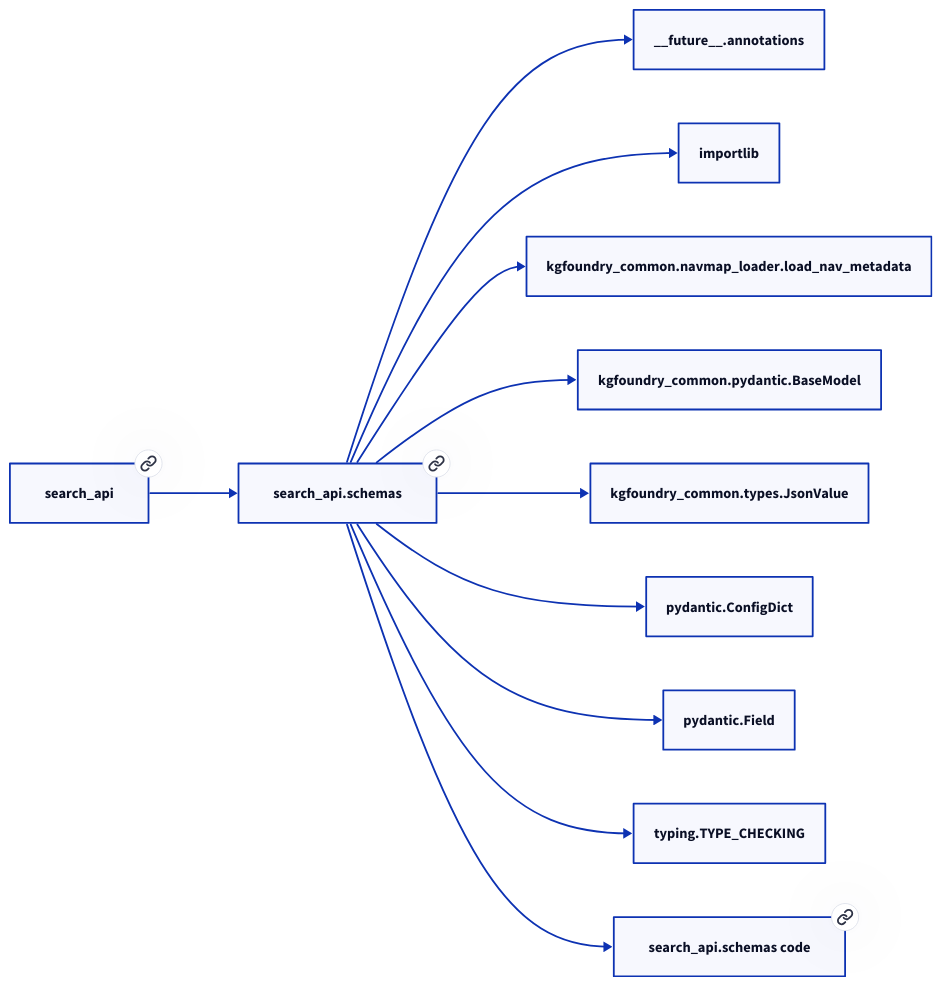
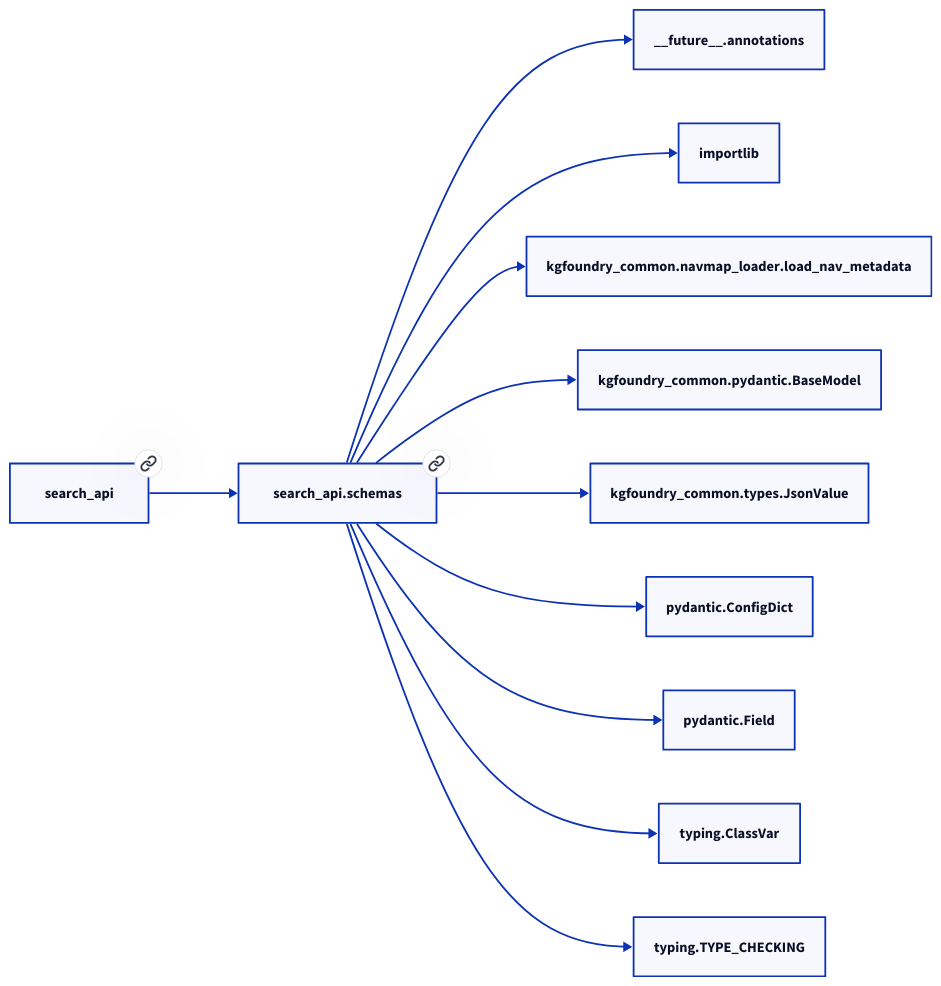
One commit to paul-heyse/kgforge changed the second of 2 diagrams in docs/modules/search_api/schemas.md. Above: the diagram before and after it, drawn with D2. The commit also changed other lines of this file and 118 other files, not shown here.

````diff
--- a/docs/modules/search_api/schemas.md
+++ b/docs/modules/search_api/schemas.md
@@ -58,24 +56,24 @@
 ```d2
 direction: right
-"search_api.schemas": "search_api.schemas" { link: "./search_api/schemas.md" }
+"search_api.schemas": "search_api.schemas" { link: "schemas.md" }
 "__future__.annotations": "__future__.annotations"
 "search_api.schemas" -> "__future__.annotations"
 "importlib": "importlib"
 "search_api.schemas" -> "importlib"
 "kgfoundry_common.navmap_loader.load_nav_metadata": "kgfoundry_common.navmap_loader.load_nav_metadata"
 "search_api.schemas" -> "kgfoundry_common.navmap_loader.load_nav_metadata"
 "kgfoundry_common.pydantic.BaseModel": "kgfoundry_common.pydantic.BaseModel"
 "search_api.schemas" -> "kgfoundry_common.pydantic.BaseModel"
 "kgfoundry_common.types.JsonValue": "kgfoundry_common.types.JsonValue"
 "search_api.schemas" -> "kgfoundry_common.types.JsonValue"
 "pydantic.ConfigDict": "pydantic.ConfigDict"
 "search_api.schemas" -> "pydantic.ConfigDict"
 "pydantic.Field": "pydantic.Field"
 "search_api.schemas" -> "pydantic.Field"
+"typing.ClassVar": "typing.ClassVar"
+"search_api.schemas" -> "typing.ClassVar"
 "typing.TYPE_CHECKING": "typing.TYPE_CHECKING"
 "search_api.schemas" -> "typing.TYPE_CHECKING"
-"search_api": "search_api" { link: "./search_api.md" }
+"search_api": "search_api" { link: "../search_api.md" }
 "search_api" -> "search_api.schemas"
-"search_api.schemas_code": "search_api.schemas code" { link: "https://github.com/kgfoundry/kgfoundry/blob/main/src/search_api/schemas.py" }
-"search_api.schemas" -> "search_api.schemas_code" { style: dashed }
 ```
````
